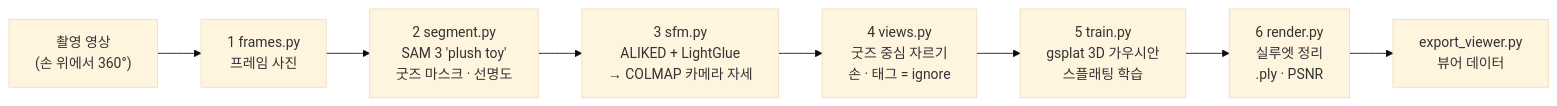
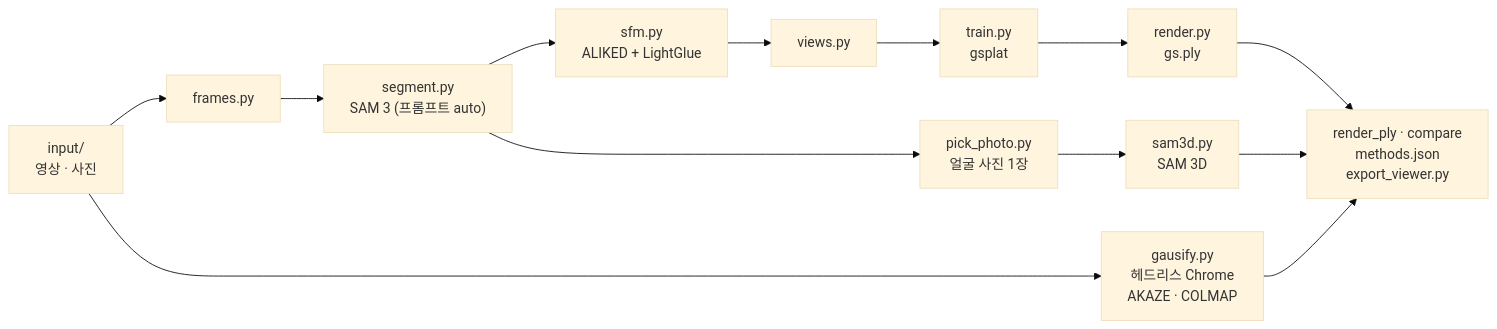
One commit to bloodmoon3929/goodmorning-3d changed the diagram in pipeline/README.md. Above: the diagram before and after it, drawn with Mermaid (base theme). The commit also changed other lines of this file and 2 other files, not shown here.

````diff
--- a/pipeline/README.md
+++ b/pipeline/README.md
@@ -6,10 +6,9 @@
 ```mermaid
 flowchart LR
-    v["촬영 영상<br/>(손 위에서 360°)"] --> f["1 frames.py<br/>프레임 사진"]
-    f --> s["2 segment.py<br/>SAM 3 'plush toy'<br/>굿즈 마스크 · 선명도"]
-    s --> m["3 sfm.py<br/>ALIKED + LightGlue<br/>→ COLMAP 카메라 자세"]
-    m --> w["4 views.py<br/>굿즈 중심 자르기<br/>손 · 태그 = ignore"]
-    w --> t["5 train.py<br/>gsplat 3D 가우시안<br/>스플래팅 학습"]
-    t --> r["6 render.py<br/>실루엣 정리<br/>.ply · PSNR"]
-    r --> x["export_viewer.py<br/>뷰어 데이터"]
+    i["input/<br/>영상 · 사진"] --> f["frames.py"] --> s["segment.py<br/>SAM 3 (프롬프트 auto)"] --> m["sfm.py<br/>ALIKED + LightGlue"] --> w["views.py"] --> t["train.py<br/>gsplat"] --> r["render.py<br/>gs.ply"]
+    s --> p["pick_photo.py<br/>얼굴 사진 1장"] --> d["sam3d.py<br/>SAM 3D"]
+    i --> g["gausify.py<br/>헤드리스 Chrome<br/>AKAZE · COLMAP"]
+    r --> x["render_ply · compare<br/>methods.json<br/>export_viewer.py"]
+    d --> x
+    g --> x
 ```
````
